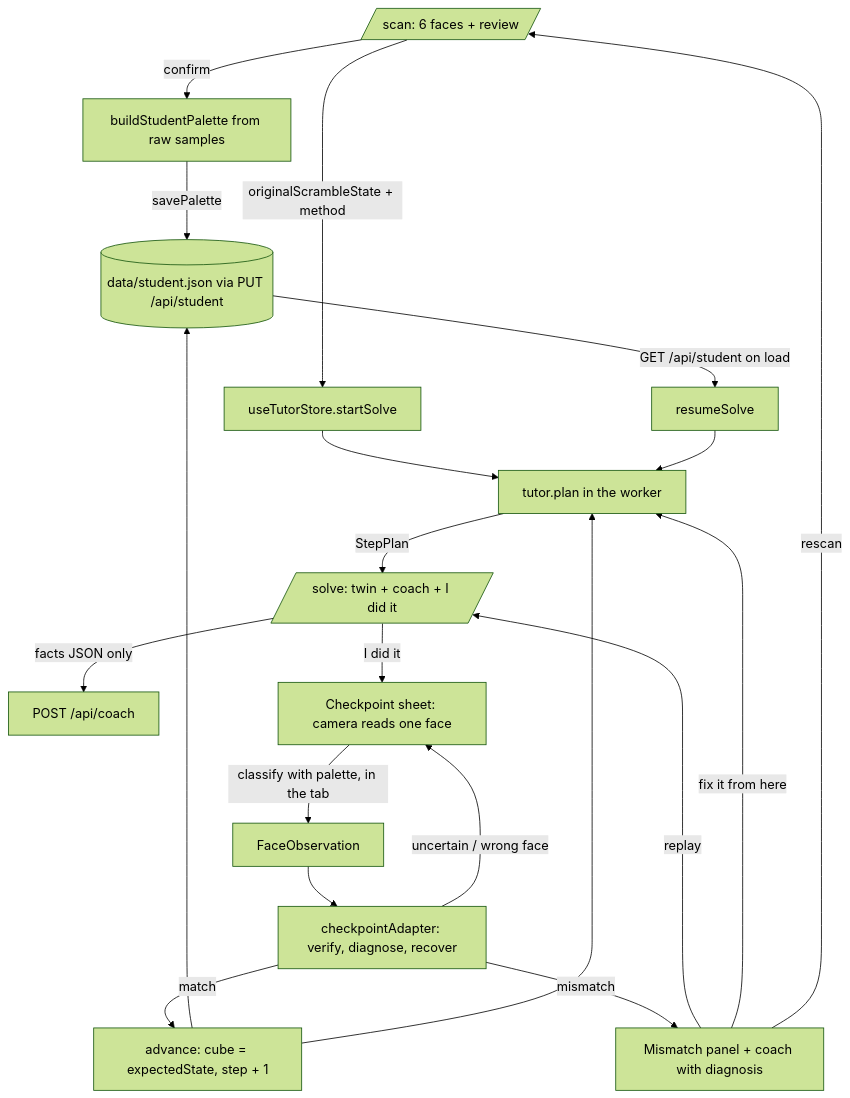
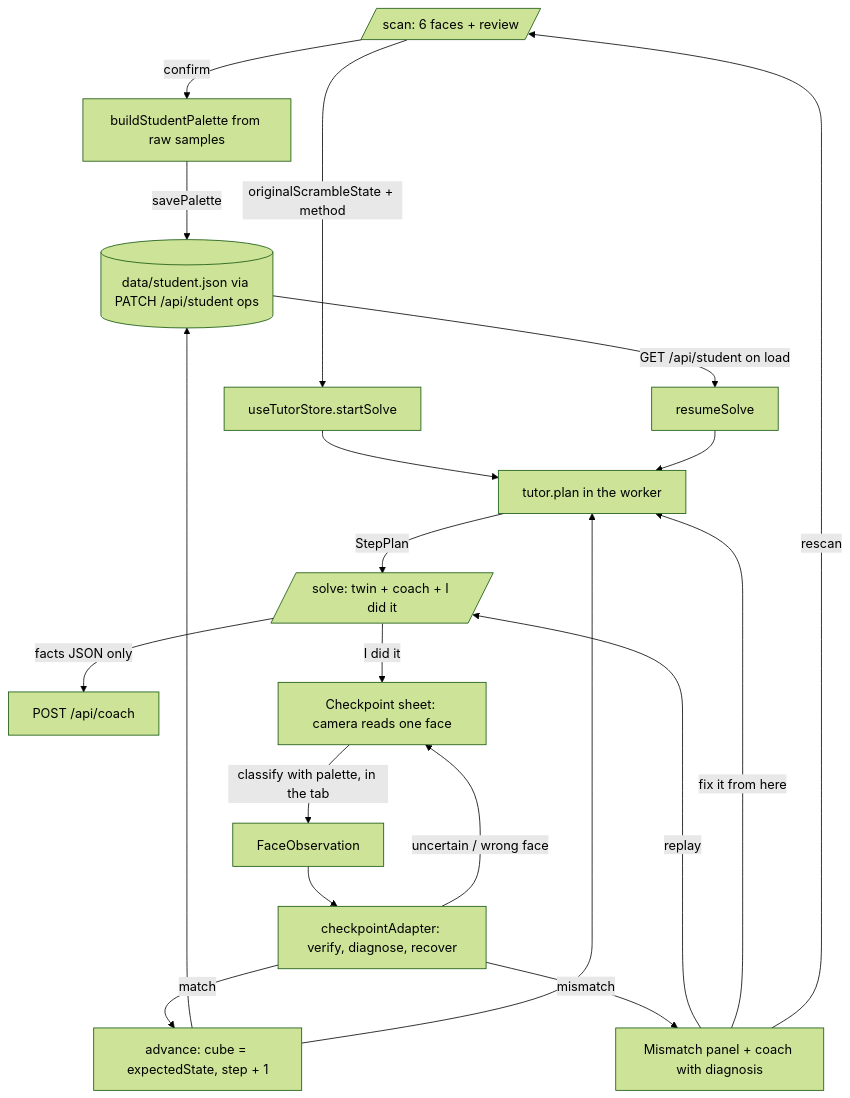
One commit to Necookie-Labs/Cubyntra changed the third of 3 diagrams in docs/DATA_FLOW.md. Above: the diagram before and after it, drawn with Mermaid (forest theme). The commit also changed other lines of this file and 15 other files, not shown here.

````diff
--- a/docs/DATA_FLOW.md
+++ b/docs/DATA_FLOW.md
@@ -142,22 +142,22 @@
 ```mermaid
 flowchart TD
     SCAN[/scan: 6 faces + review/] -->|confirm| PAL[buildStudentPalette from raw samples]
-    PAL -->|savePalette| PROF[(data/student.json via PUT /api/student)]
+    PAL -->|savePalette| PROF[(data/student.json via PATCH /api/student ops)]
     SCAN -->|originalScrambleState + method| START[useTutorStore.startSolve]
     START --> PLAN[tutor.plan in the worker]
     PLAN -->|StepPlan| SOLVE[/solve: twin + coach + I did it/]
     SOLVE -->|facts JSON only| COACH[POST /api/coach]
     SOLVE -->|I did it| SHEET[Checkpoint sheet: camera reads one face]
     SHEET -->|classify with palette, in the tab| OBS[FaceObservation]
     OBS --> ADAPT[checkpointAdapter: verify, diagnose, recover]
     ADAPT -- match --> NEXT[advance: cube = expectedState, step + 1]
     NEXT --> PROF
     NEXT --> PLAN
     ADAPT -- uncertain / wrong face --> SHEET
     ADAPT -- mismatch --> MIS[Mismatch panel + coach with diagnosis]
     MIS -->|replay| SOLVE
     MIS -->|fix it from here| PLAN
     MIS -->|rescan| SCAN
     PROF -->|GET /api/student on load| RESUME[resumeSolve]
     RESUME --> PLAN
 ```
````
